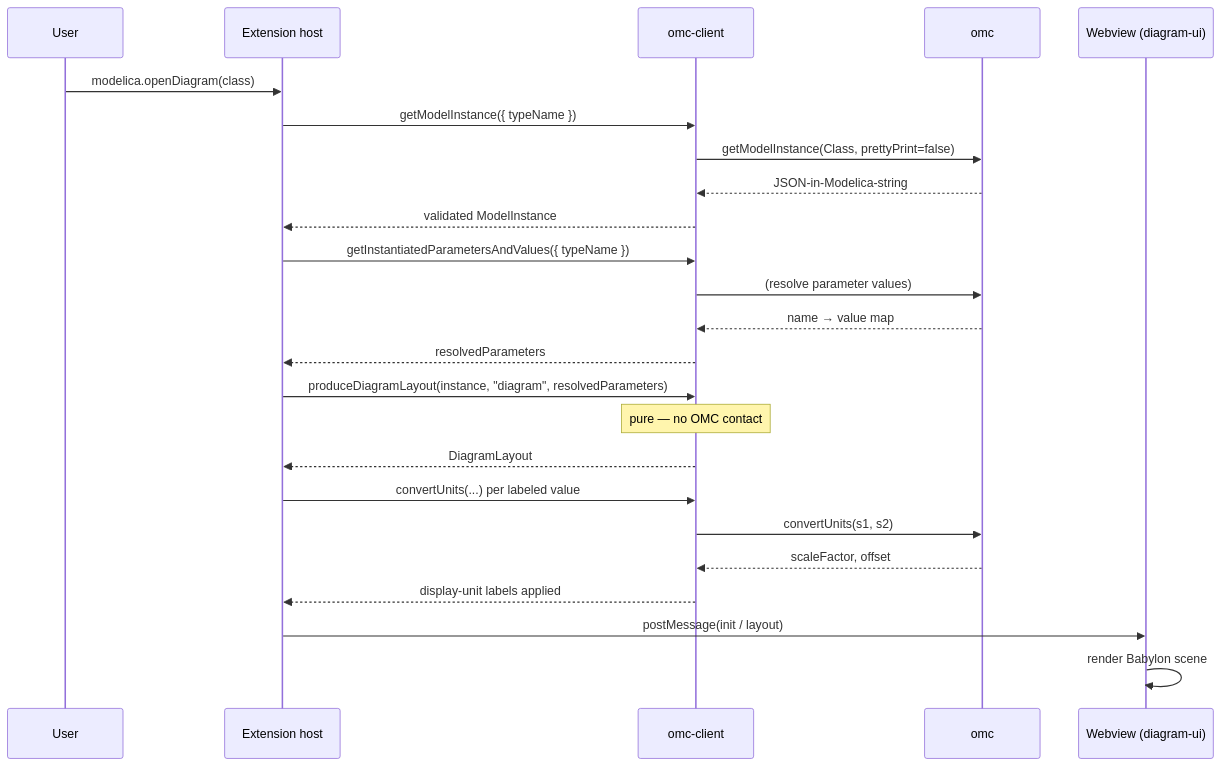
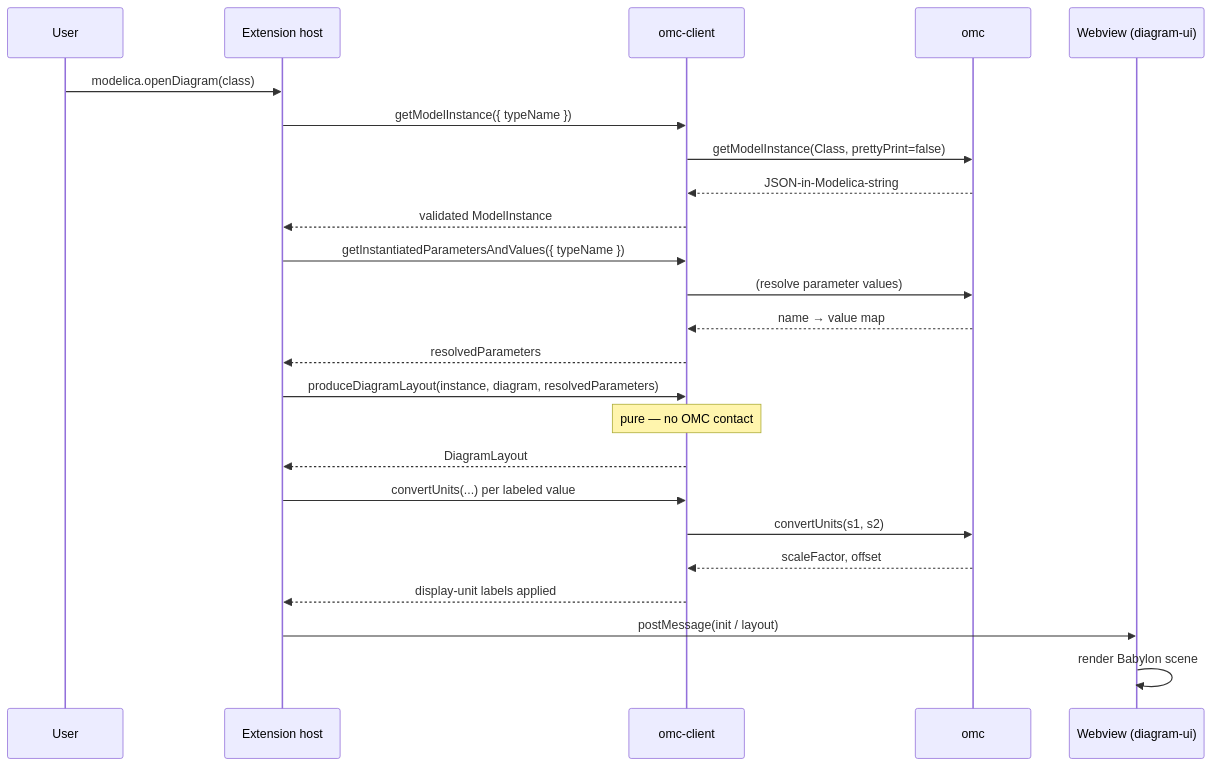
Before and after one commit to dicode-ayo/modelica-wrapper: the second of 3 diagrams in docs/architecture.md, drawn with Mermaid. The commit also changed other lines of this file and 3 other files, not shown here.

````diff
--- a/docs/architecture.md
+++ b/docs/architecture.md
@@ -120,27 +120,27 @@
 ```mermaid
 sequenceDiagram
     participant U as User
     participant H as Extension host
     participant C as omc-client
     participant O as omc
     participant W as Webview (diagram-ui)
 
     U->>H: modelica.openDiagram(class)
     H->>C: getModelInstance({ typeName })
     C->>O: getModelInstance(Class, prettyPrint=false)
     O-->>C: JSON-in-Modelica-string
     C-->>H: validated ModelInstance
     H->>C: getInstantiatedParametersAndValues({ typeName })
     C->>O: (resolve parameter values)
     O-->>C: name → value map
     C-->>H: resolvedParameters
-    H->>C: produceDiagramLayout(instance, "diagram", resolvedParameters)
+    H->>C: produceDiagramLayout(instance, diagram, resolvedParameters)
     Note over C: pure — no OMC contact
     C-->>H: DiagramLayout
     H->>C: convertUnits(...) per labeled value
     C->>O: convertUnits(s1, s2)
     O-->>C: scaleFactor, offset
     C-->>H: display-unit labels applied
     H->>W: postMessage(init / layout)
     W->>W: render Babylon scene
 ```
````
